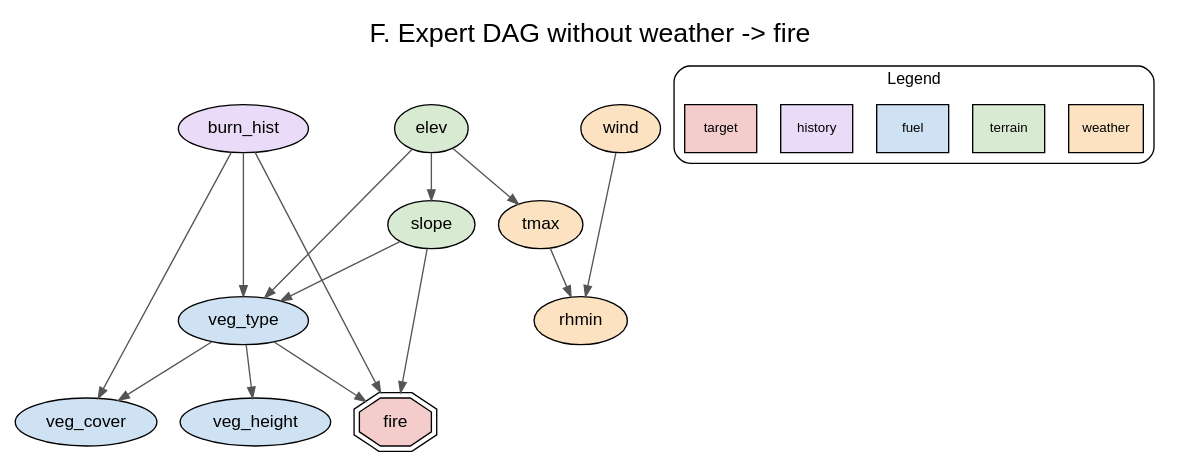
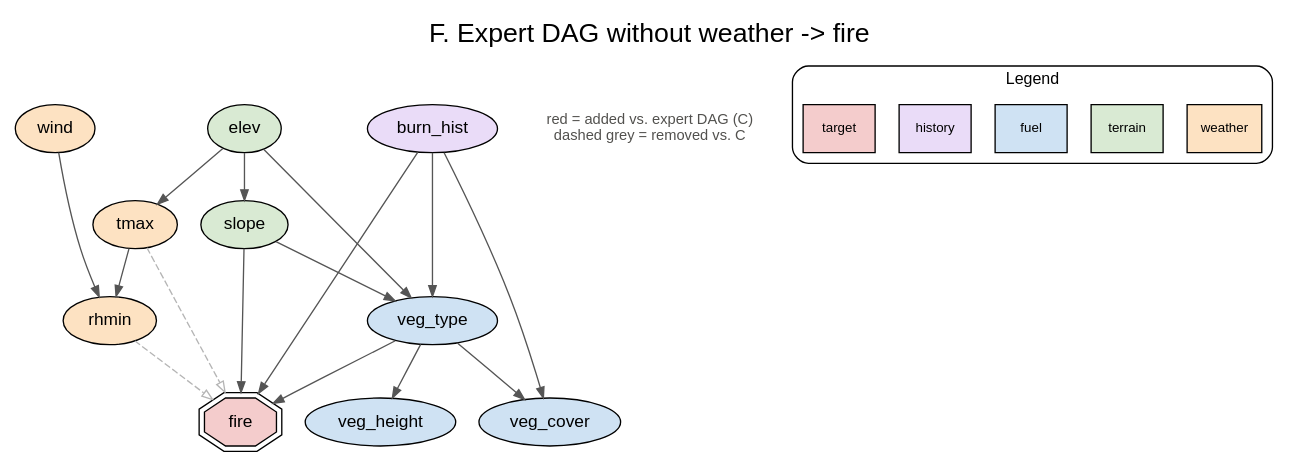
The diagram in results/figures/dag_no_weather.dot (DzaiddinKhazani/Fire-Fighters-CSE150A), drawn with Graphviz before and after one commit. The commit also changed 13 other files, not shown here.

Commit message:
Add generalization and hill-climbing stability analyses; highlight E-H diagrams

```diff
--- a/results/figures/dag_no_weather.dot
+++ b/results/figures/dag_no_weather.dot
@@ -1,31 +1,34 @@
 digraph "no_weather" {
   rankdir=TB; labelloc=t; fontsize=20;
   label="F. Expert DAG without weather -> fire"; fontname="Helvetica";
   node [shape=ellipse, style=filled, fontname="Helvetica", fontsize=13];
   edge [color="#555555", arrowsize=0.8];
   "burn_hist" [fillcolor="#EADCF8"];
   "elev" [fillcolor="#D9EAD3"];
   "fire" [fillcolor="#F4CCCC", shape=doubleoctagon];
   "rhmin" [fillcolor="#FDE2C2"];
   "slope" [fillcolor="#D9EAD3"];
   "tmax" [fillcolor="#FDE2C2"];
   "veg_cover" [fillcolor="#CFE2F3"];
   "veg_height" [fillcolor="#CFE2F3"];
   "veg_type" [fillcolor="#CFE2F3"];
   "wind" [fillcolor="#FDE2C2"];
   { rank=same; "elev"; "wind"; "burn_hist"; }
   "elev" -> "slope";
   "elev" -> "tmax";
   "elev" -> "veg_type";
   "slope" -> "veg_type";
   "burn_hist" -> "veg_type";
   "veg_type" -> "veg_cover";
   "veg_type" -> "veg_height";
   "burn_hist" -> "veg_cover";
   "tmax" -> "rhmin";
   "wind" -> "rhmin";
   "veg_type" -> "fire";
   "burn_hist" -> "fire";
   "slope" -> "fire";
+  "rhmin" -> "fire" [color="#B5B5B5", style=dashed, arrowhead=empty];
+  "tmax" -> "fire" [color="#B5B5B5", style=dashed, arrowhead=empty];
+  _note [shape=plaintext, style="", label="red = added vs. expert DAG (C)\ndashed grey = removed vs. C", fontsize=11, fontcolor="#52514e"];
   subgraph cluster_legend { label="Legend"; fontsize=12; style=rounded; "_weather" [label="weather", fillcolor="#FDE2C2", shape=box, fontsize=10]; "_terrain" [label="terrain", fillcolor="#D9EAD3", shape=box, fontsize=10]; "_fuel" [label="fuel", fillcolor="#CFE2F3", shape=box, fontsize=10]; "_history" [label="history", fillcolor="#EADCF8", shape=box, fontsize=10]; "_target" [label="target", fillcolor="#F4CCCC", shape=box, fontsize=10]; }
 }
```
